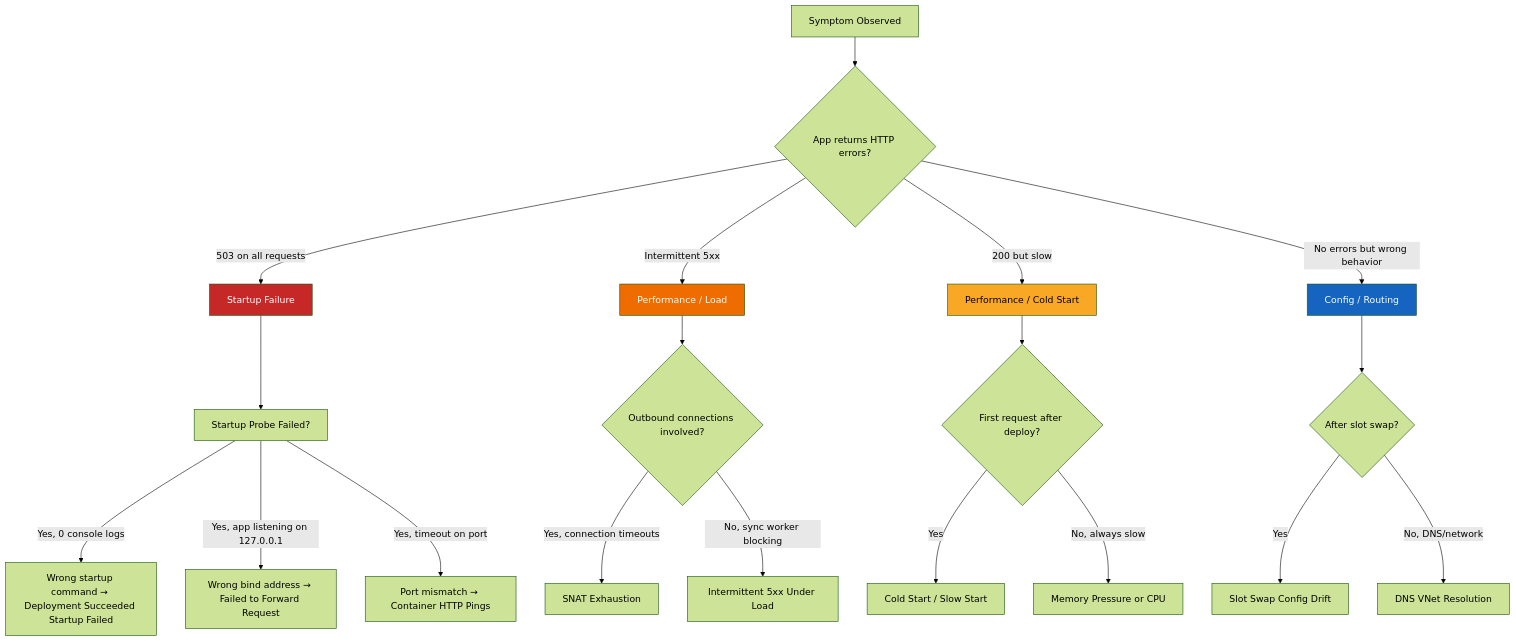
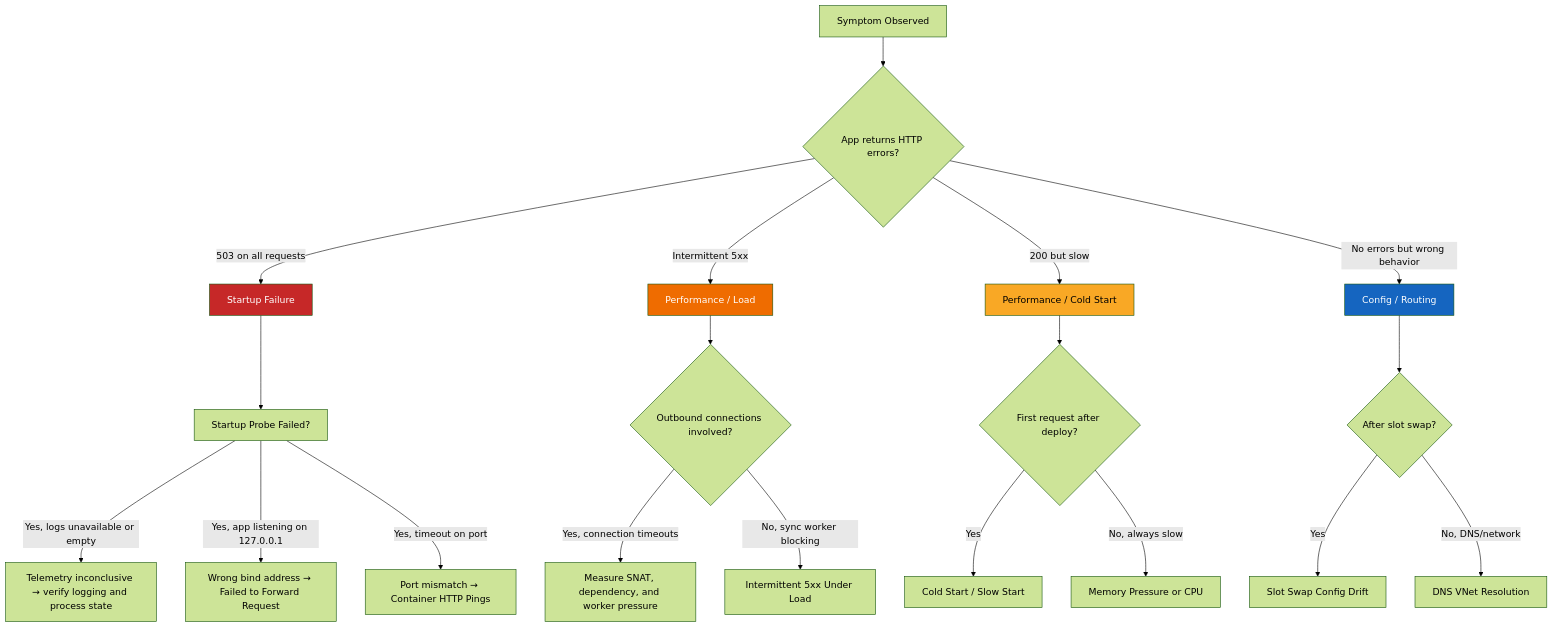
One commit to yeongseon/azure-app-service-practical-guide changed the second of 2 diagrams in docs/troubleshooting/index.md. Above: the diagram before and after it, drawn with Mermaid (forest theme). The commit also changed other lines of this file and 11 other files, not shown here.

````diff
--- a/docs/troubleshooting/index.md
+++ b/docs/troubleshooting/index.md
@@ -70,30 +70,30 @@
 ```mermaid
 graph TD
     A[Symptom Observed] --> B{App returns HTTP errors?}
     B -->|503 on all requests| C[Startup Failure]
     B -->|Intermittent 5xx| D[Performance / Load]
     B -->|200 but slow| E[Performance / Cold Start]
     B -->|No errors but wrong behavior| F[Config / Routing]
     
     C --> C1[Startup Probe Failed?]
-    C1 -->|Yes, 0 console logs| C2[Wrong startup command → Deployment Succeeded Startup Failed]
+    C1 -->|Yes, logs unavailable or empty| C2[Telemetry inconclusive → verify logging and process state]
     C1 -->|Yes, app listening on 127.0.0.1| C3[Wrong bind address → Failed to Forward Request]
     C1 -->|Yes, timeout on port| C4[Port mismatch → Container HTTP Pings]
     
     D --> D1{Outbound connections involved?}
-    D1 -->|Yes, connection timeouts| D2[SNAT Exhaustion]
+    D1 -->|Yes, connection timeouts| D2[Measure SNAT, dependency, and worker pressure]
     D1 -->|No, sync worker blocking| D3[Intermittent 5xx Under Load]
     
     E --> E1{First request after deploy?}
     E1 -->|Yes| E2[Cold Start / Slow Start]
     E1 -->|No, always slow| E3[Memory Pressure or CPU]
     
     F --> F1{After slot swap?}
     F1 -->|Yes| F2[Slot Swap Config Drift]
     F1 -->|No, DNS/network| F3[DNS VNet Resolution]
     
     style C fill:#c62828,color:#fff
     style D fill:#ef6c00,color:#fff
     style E fill:#f9a825,color:#000
     style F fill:#1565c0,color:#fff
 ```
````
